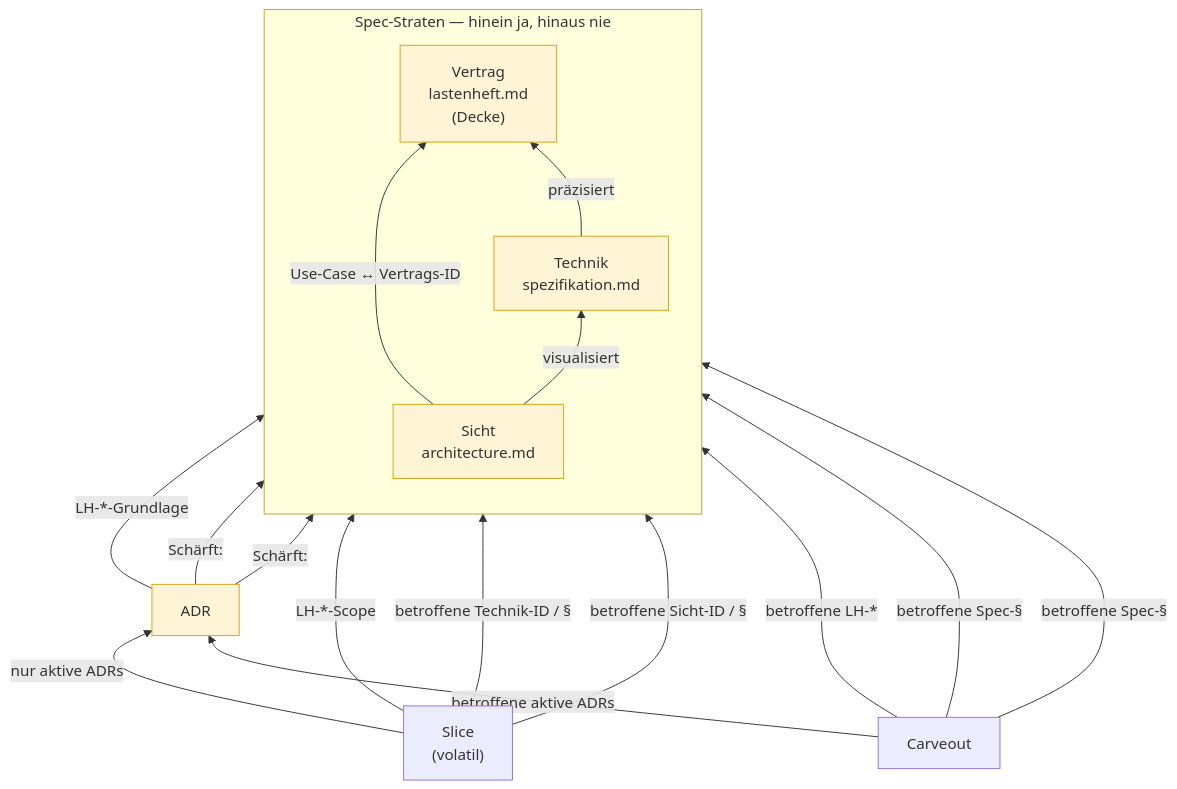
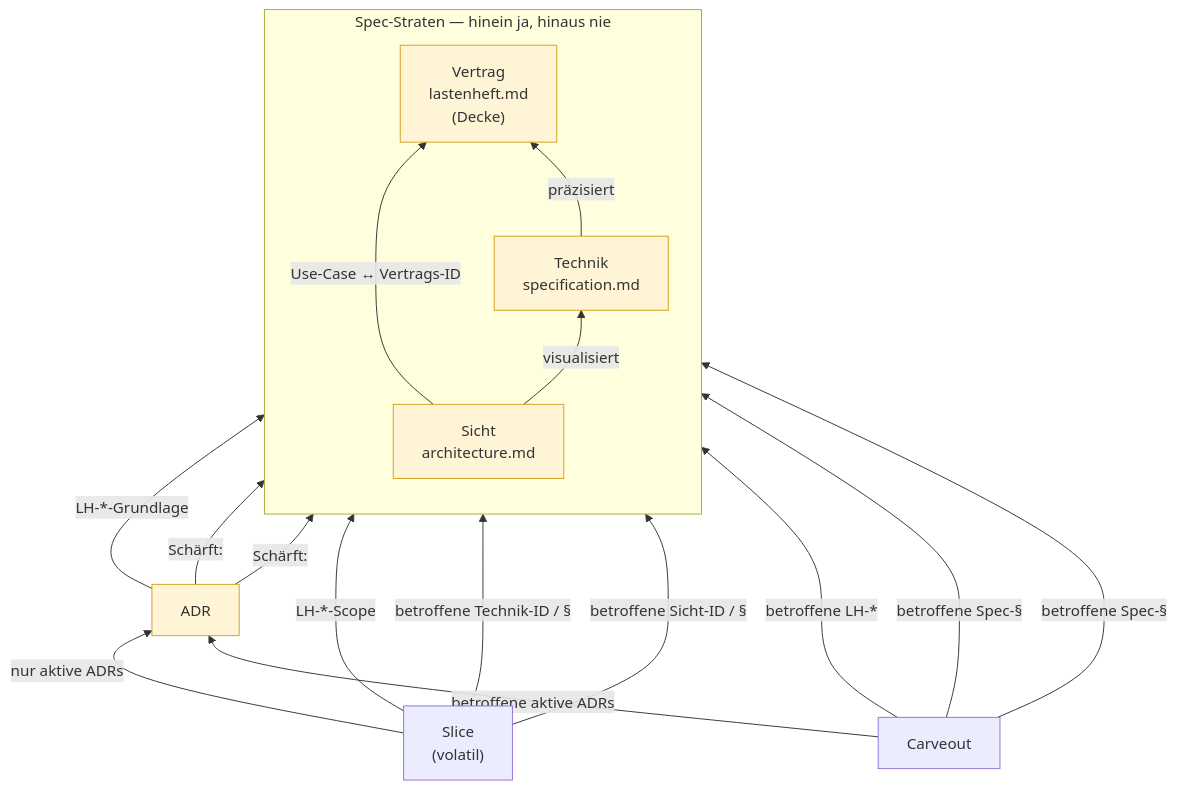
Before and after one commit to pt9912/ai-harness-course: the first of 3 diagrams in kurs/de/grundlagen/referenz-richtung.md, drawn with Mermaid. The commit also changed other lines of this file and 136 other files, not shown here.

````diff
--- a/kurs/de/grundlagen/referenz-richtung.md
+++ b/kurs/de/grundlagen/referenz-richtung.md
@@ -67,24 +67,24 @@
 ```mermaid
 flowchart BT
     subgraph SPEC["Spec-Straten — hinein ja, hinaus nie"]
         direction BT
-        V["Sicht<br/>architecture.md"] -->|visualisiert| T["Technik<br/>spezifikation.md"]
+        V["Sicht<br/>architecture.md"] -->|visualisiert| T["Technik<br/>specification.md"]
         V -->|"Use-Case ↔ Vertrags-ID"| L["Vertrag<br/>lastenheft.md<br/>(Decke)"]
         T -->|präzisiert| L
     end
     A["ADR"] -->|"LH-*-Grundlage"| L
     A -->|"Schärft:"| T
     A -->|"Schärft:"| V
     S["Slice<br/>(volatil)"] -->|"LH-*-Scope"| L
     S -->|"betroffene Technik-ID / §"| T
     S -->|"betroffene Sicht-ID / §"| V
     S -->|"nur aktive ADRs"| A
     C["Carveout"] -->|"betroffene LH-*"| L
     C -->|"betroffene Spec-§"| T
     C -->|"betroffene Spec-§"| V
     C -->|"betroffene aktive ADRs"| A
     style L fill:#fff4d6,stroke:#d4a017
     style T fill:#fff4d6,stroke:#d4a017
     style V fill:#fff4d6,stroke:#d4a017
     style A fill:#fff4d6,stroke:#d4a017
 ```
````
